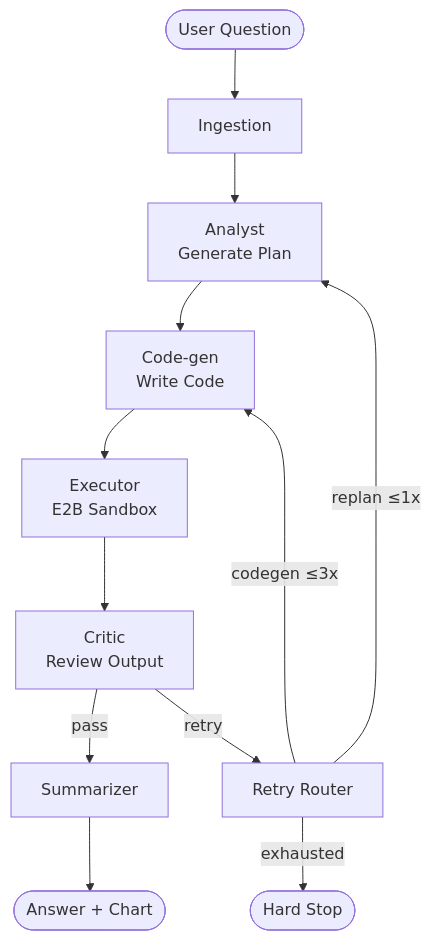
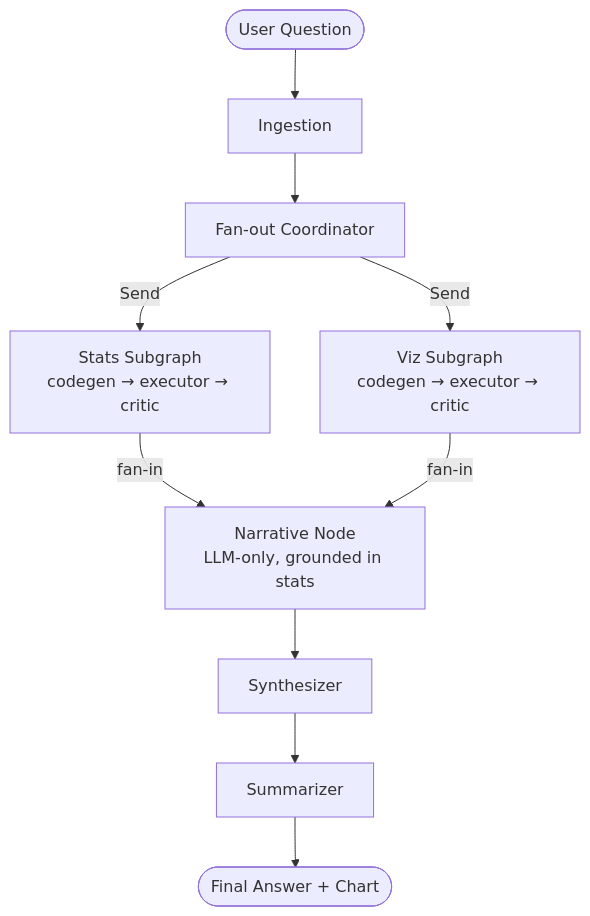
One commit to shreyanshverma7/data-analysis-agent changed the diagram in README.md. Above: the diagram before and after it, drawn with Mermaid. The commit also changed other lines of this file and 17 other files, not shown here.

First line of the commit message:
feat(v2): parallel multi-agent architecture + LLM-as-judge eval framework (#2)

````diff
--- a/README.md
+++ b/README.md
@@ -21,14 +46,12 @@
 ```mermaid
 graph TD
     A([User Question]) --> B[Ingestion]
-    B --> C[Analyst\nGenerate Plan]
-    C --> D[Code-gen\nWrite Code]
-    D --> E[Executor\nE2B Sandbox]
-    E --> F[Critic\nReview Output]
-    F -->|pass| G[Summarizer]
-    F -->|retry| H[Retry Router]
-    H -->|codegen ≤3x| D
-    H -->|replan ≤1x| C
-    H -->|exhausted| I([Hard Stop])
-    G --> J([Answer + Chart])
+    B --> C[Fan-out Coordinator]
+    C -->|Send| D[Stats Subgraph\ncodegen → executor → critic]
+    C -->|Send| E[Viz Subgraph\ncodegen → executor → critic]
+    D -->|fan-in| F[Narrative Node\nLLM-only, grounded in stats]
+    E -->|fan-in| F
+    F --> G[Synthesizer]
+    G --> H[Summarizer]
+    H --> I([Final Answer + Chart])
 ```
````
